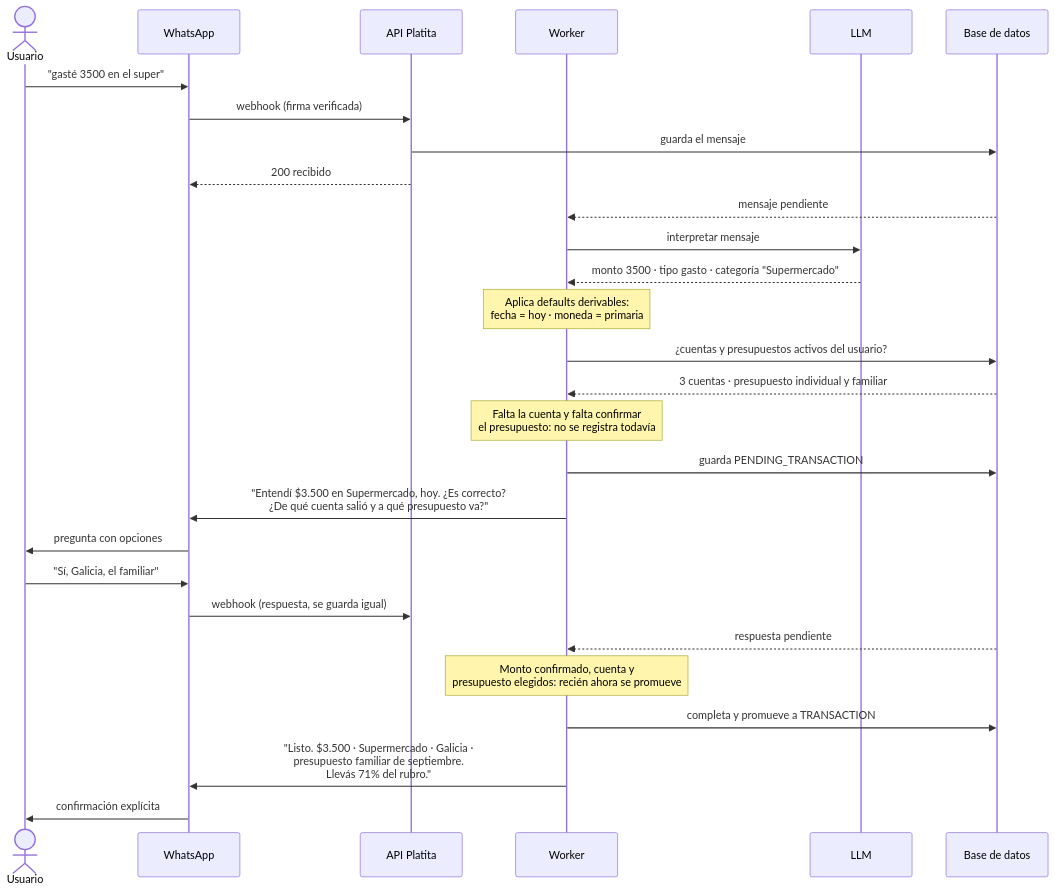
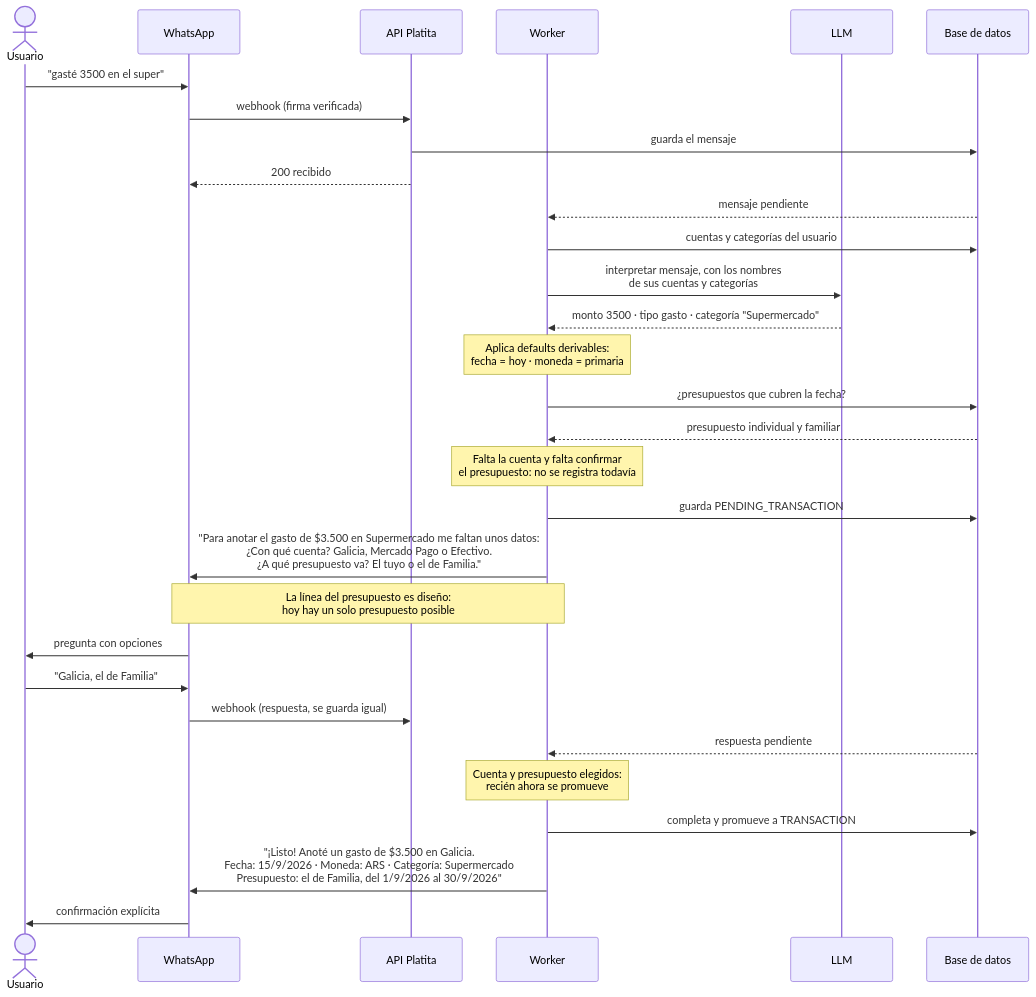
Before and after one commit to verozacarias-prog/AI4Devs-finalproject: the diagram in docs/01-producto.md, drawn with Mermaid. The commit also changed other lines of this file and 4 other files, not shown here.

First line of the commit message:
docs(diagramas): alineados con el código, y lo que todavía no existe queda marcado como diseño

````diff
--- a/docs/01-producto.md
+++ b/docs/01-producto.md
@@ -90,31 +95,33 @@
 ```mermaid
 sequenceDiagram
     actor U as Usuario
     participant WA as WhatsApp
     participant API as API Platita
     participant W as Worker
     participant LLM as LLM
     participant DB as Base de datos
 
     U->>WA: "gasté 3500 en el super"
     WA->>API: webhook (firma verificada)
     API->>DB: guarda el mensaje
     API-->>WA: 200 recibido
     DB-->>W: mensaje pendiente
-    W->>LLM: interpretar mensaje
+    W->>DB: cuentas y categorías del usuario
+    W->>LLM: interpretar mensaje, con los nombres<br/>de sus cuentas y categorías
     LLM-->>W: monto 3500 · tipo gasto · categoría "Supermercado"
     Note over W: Aplica defaults derivables:<br/>fecha = hoy · moneda = primaria
-    W->>DB: ¿cuentas y presupuestos activos del usuario?
-    DB-->>W: 3 cuentas · presupuesto individual y familiar
+    W->>DB: ¿presupuestos que cubren la fecha?
+    DB-->>W: presupuesto individual y familiar
     Note over W: Falta la cuenta y falta confirmar<br/>el presupuesto: no se registra todavía
     W->>DB: guarda PENDING_TRANSACTION
-    W->>WA: "Entendí $3.500 en Supermercado, hoy. ¿Es correcto?<br/>¿De qué cuenta salió y a qué presupuesto va?"
+    W->>WA: "Para anotar el gasto de $3.500 en Supermercado me faltan unos datos:<br/>¿Con qué cuenta? Galicia, Mercado Pago o Efectivo.<br/>¿A qué presupuesto va? El tuyo o el de Familia."
+    Note over W,WA: La línea del presupuesto es diseño:<br/>hoy hay un solo presupuesto posible
     WA->>U: pregunta con opciones
-    U->>WA: "Sí, Galicia, el familiar"
+    U->>WA: "Galicia, el de Familia"
     WA->>API: webhook (respuesta, se guarda igual)
     DB-->>W: respuesta pendiente
-    Note over W: Monto confirmado, cuenta y<br/>presupuesto elegidos: recién ahora se promueve
+    Note over W: Cuenta y presupuesto elegidos:<br/>recién ahora se promueve
     W->>DB: completa y promueve a TRANSACTION
-    W->>WA: "Listo. $3.500 · Supermercado · Galicia ·<br/>presupuesto familiar de septiembre.<br/>Llevás 71% del rubro."
+    W->>WA: "¡Listo! Anoté un gasto de $3.500 en Galicia.<br/>Fecha: 15/9/2026 · Moneda: ARS · Categoría: Supermercado<br/>Presupuesto: el de Familia, del 1/9/2026 al 30/9/2026"
     WA->>U: confirmación explícita
 ```
````
